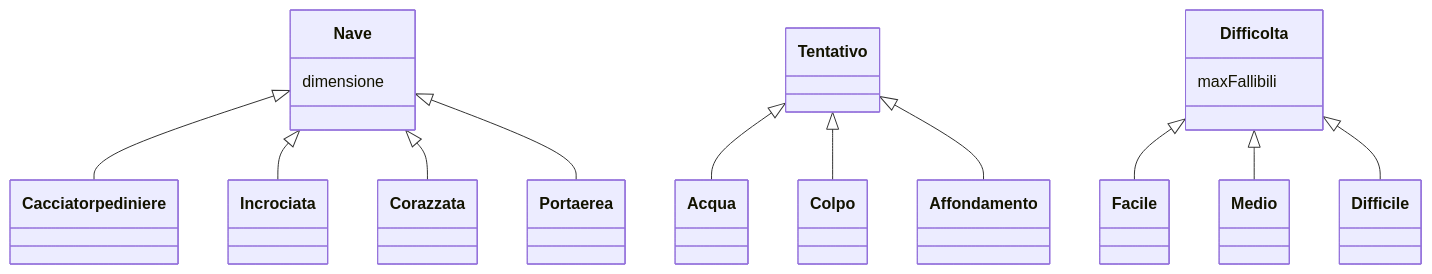
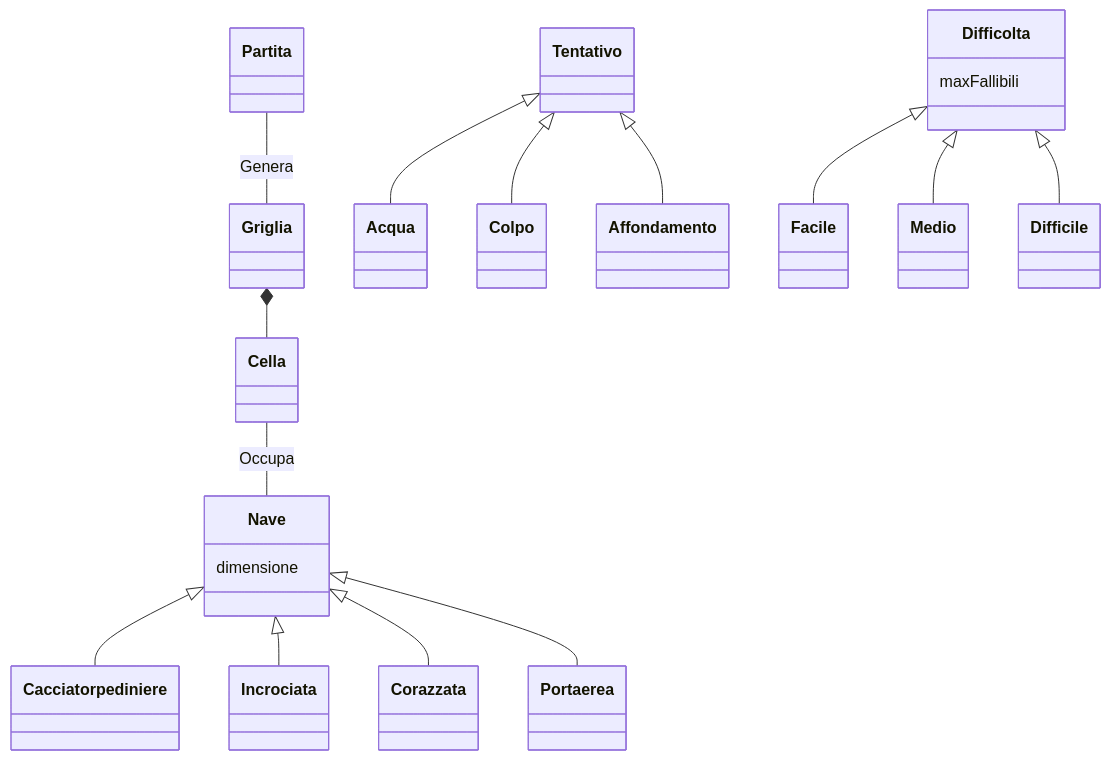
Before and after one commit to softeng2223-inf-uniba/progetto2223-thacker: the diagram in docs/Report.md, drawn with Mermaid.

Commit message:
Aggiunti concetti Partita, Griglia e Cella al Modello di Dominio

````diff
--- a/docs/Report.md
+++ b/docs/Report.md
@@ -7,27 +7,31 @@
 ```mermaid
     
     classDiagram
+        
+        Partita -- Griglia : Genera
+        Griglia *-- Cella
+        Cella -- Nave : Occupa
 
         Nave <|-- Cacciatorpediniere
         Nave <|-- Incrociata
         Nave <|-- Corazzata
         Nave <|-- Portaerea
         
         Tentativo <|-- Acqua
         Tentativo <|-- Colpo
         Tentativo <|-- Affondamento
 
         Difficolta <|-- Facile
         Difficolta <|-- Medio
         Difficolta <|-- Difficile
 
         class Nave{
             dimensione
         }
 
         class Difficolta{
             maxFallibili
         }
 
 
 ```
````
